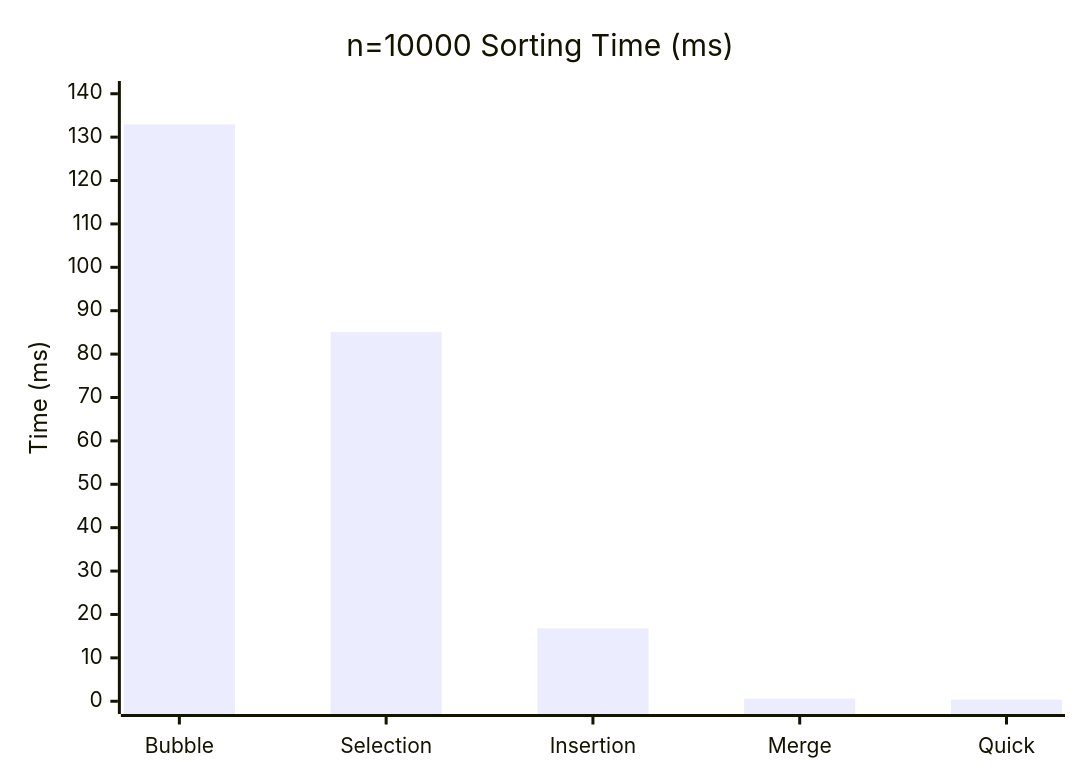
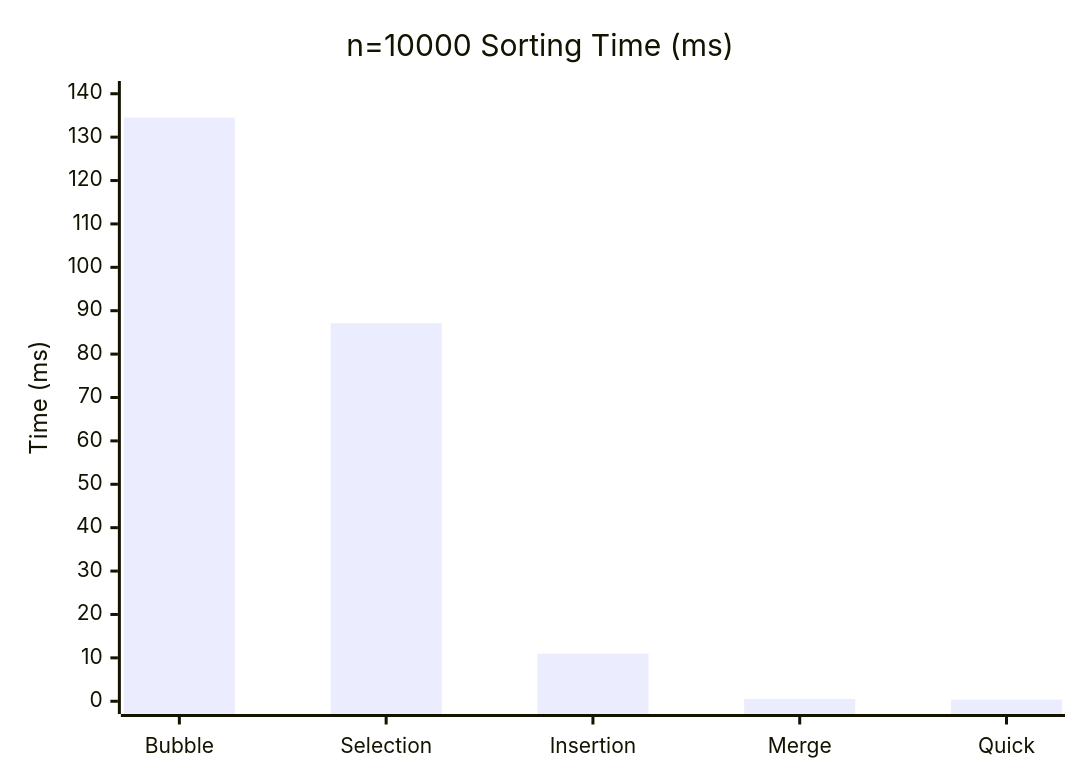
One commit to Sean960215/sort changed the first of 2 diagrams in README.md. Above: the diagram before and after it, drawn with Mermaid. The commit also changed other lines of this file, not shown here.

````diff
--- a/README.md
+++ b/README.md
@@ -125,7 +125,7 @@
 ```mermaid
 xychart-beta
 	title "n=10000 Sorting Time (ms)"
 	x-axis [Bubble, Selection, Insertion, Merge, Quick]
 	y-axis "Time (ms)" 0 --> 140
-	bar [132.97, 85.072, 16.808, 0.595, 0.393]
+	bar [134.524, 87.130, 10.961, 0.537, 0.377]
 ```
````
